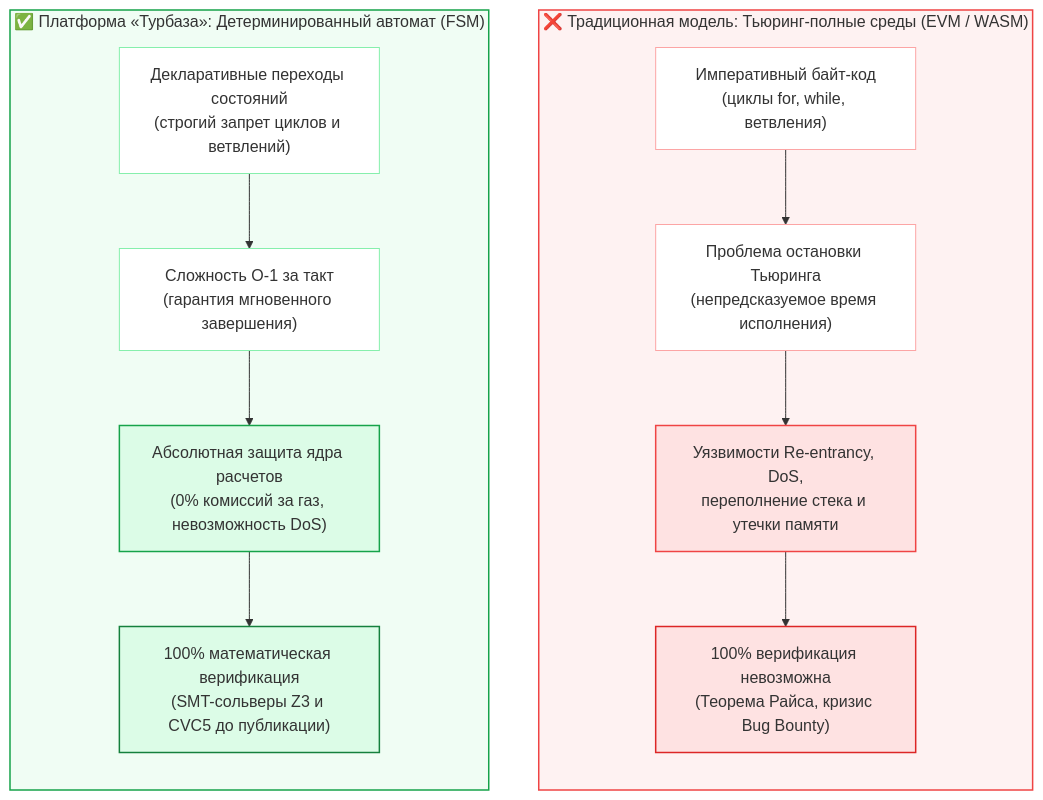
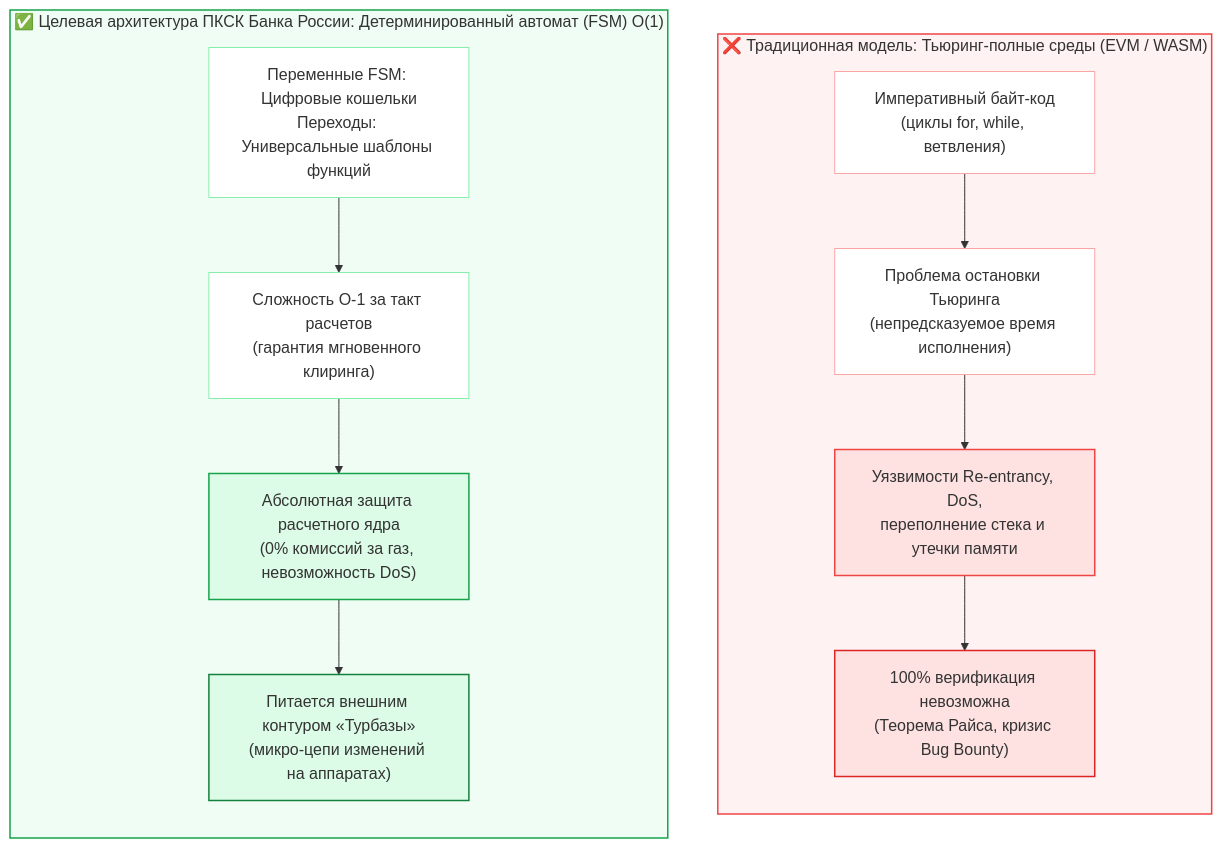
Before and after one commit to Data-Independence-Network/presentations: the first of 7 diagrams in shared_docs/whitepapers/06_cbr_smart_contracts_fsm_whitepaper.md, drawn with Mermaid. The commit also changed other lines of this file and 1 other file, not shown here.

First line of the commit message:
docs(whitepaper-06): separate CBR state FSM from Turbase sovereign data platform

````diff
--- a/shared_docs/whitepapers/06_cbr_smart_contracts_fsm_whitepaper.md
+++ b/shared_docs/whitepapers/06_cbr_smart_contracts_fsm_whitepaper.md
@@ -113,31 +113,31 @@
 ```mermaid
 flowchart TD
     subgraph EVM ["❌ Традиционная модель: Тьюринг-полные среды (EVM / WASM)"]
         direction TB
         E1["Императивный байт-код<br/>(циклы for, while, ветвления)"]
         E2["Проблема остановки Тьюринга<br/>(непредсказуемое время исполнения)"]
         E3["Уязвимости Re-entrancy, DoS,<br/>переполнение стека и утечки памяти"]
         E4["100% верификация невозможна<br/>(Теорема Райса, кризис Bug Bounty)"]
         E1 --> E2 --> E3 --> E4
     end
 
-    subgraph FSM ["✅ Платформа «Турбаза»: Детерминированный автомат (FSM)"]
+    subgraph FSM ["✅ Целевая архитектура ПКСК Банка России: Детерминированный автомат (FSM) O(1)"]
         direction TB
-        F1["Декларативные переходы состояний<br/>(строгий запрет циклов и ветвлений)"]
-        F2["Сложность O-1 за такт<br/>(гарантия мгновенного завершения)"]
-        F3["Абсолютная защита ядра расчетов<br/>(0% комиссий за газ, невозможность DoS)"]
-        F4["100% математическая верификация<br/>(SMT-сольверы Z3 и CVC5 до публикации)"]
+        F1["Переменные FSM: Цифровые кошельки<br/>Переходы: Универсальные шаблоны функций"]
+        F2["Сложность O-1 за такт расчетов<br/>(гарантия мгновенного клиринга)"]
+        F3["Абсолютная защита расчетного ядра<br/>(0% комиссий за газ, невозможность DoS)"]
+        F4["Питается внешним контуром «Турбазы»<br/>(микро-цепи изменений на аппаратах)"]
         F1 --> F2 --> F3 --> F4
     end
 
     style EVM fill:#fef2f2,stroke:#ef4444,stroke-width:1.5px
     style FSM fill:#f0fdf4,stroke:#16a34a,stroke-width:1.5px
     style E1 fill:#ffffff,stroke:#fca5a5,stroke-width:1px
     style E2 fill:#ffffff,stroke:#fca5a5,stroke-width:1px
     style E3 fill:#fee2e2,stroke:#ef4444,stroke-width:1.5px
     style E4 fill:#fee2e2,stroke:#dc2626,stroke-width:1.5px
     style F1 fill:#ffffff,stroke:#86efac,stroke-width:1px
     style F2 fill:#ffffff,stroke:#86efac,stroke-width:1px
     style F3 fill:#dcfce7,stroke:#16a34a,stroke-width:1.5px
     style F4 fill:#dcfce7,stroke:#15803d,stroke-width:1.5px
 ```
````
